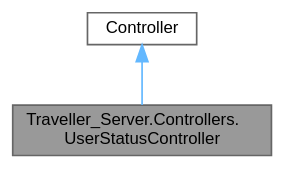
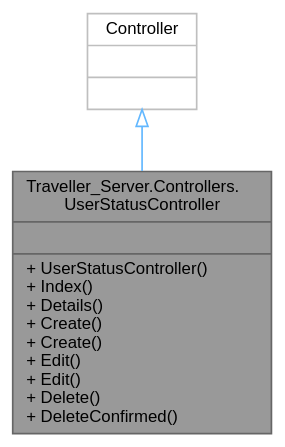
One commit to VenelinArgirov/manual-tecnico.github.io changed the diagram in Servidor/class_traveller___server_1_1_controllers_1_1_user_status_controller__coll__graph.dot. Above: the diagram before and after it, drawn with Graphviz. The commit also changed 813 other files, not shown here.

```diff
--- a/Servidor/class_traveller___server_1_1_controllers_1_1_user_status_controller__coll__graph.dot
+++ b/Servidor/class_traveller___server_1_1_controllers_1_1_user_status_controller__coll__graph.dot
@@ -1,10 +1,10 @@
 digraph "Traveller_Server.Controllers.UserStatusController"
 {
  // LATEX_PDF_SIZE
   bgcolor="transparent";
   edge [fontname=Helvetica,fontsize=10,labelfontname=Helvetica,labelfontsize=10];
   node [fontname=Helvetica,fontsize=10,shape=box,height=0.2,width=0.4];
-  Node1 [label="Traveller_Server.Controllers.\lUserStatusController",height=0.2,width=0.4,color="gray40", fillcolor="grey60", style="filled", fontcolor="black",tooltip=" "];
-  Node2 -> Node1 [dir="back",color="steelblue1",style="solid"];
-  Node2 [label="Controller",height=0.2,width=0.4,color="gray40", fillcolor="white", style="filled",tooltip=" "];
+  Node1 [shape=record,label="{Traveller_Server.Controllers.\lUserStatusController\n||+ UserStatusController()\l+ Index()\l+ Details()\l+ Create()\l+ Create()\l+ Edit()\l+ Edit()\l+ Delete()\l+ DeleteConfirmed()\l}",height=0.2,width=0.4,color="gray40", fillcolor="grey60", style="filled", fontcolor="black",tooltip=" "];
+  Node2 -> Node1 [dir="back",color="steelblue1",style="solid",arrowtail="onormal"];
+  Node2 [shape=record,label="{Controller\n||}",height=0.2,width=0.4,color="grey75", fillcolor="white", style="filled",tooltip=" "];
 }
```
